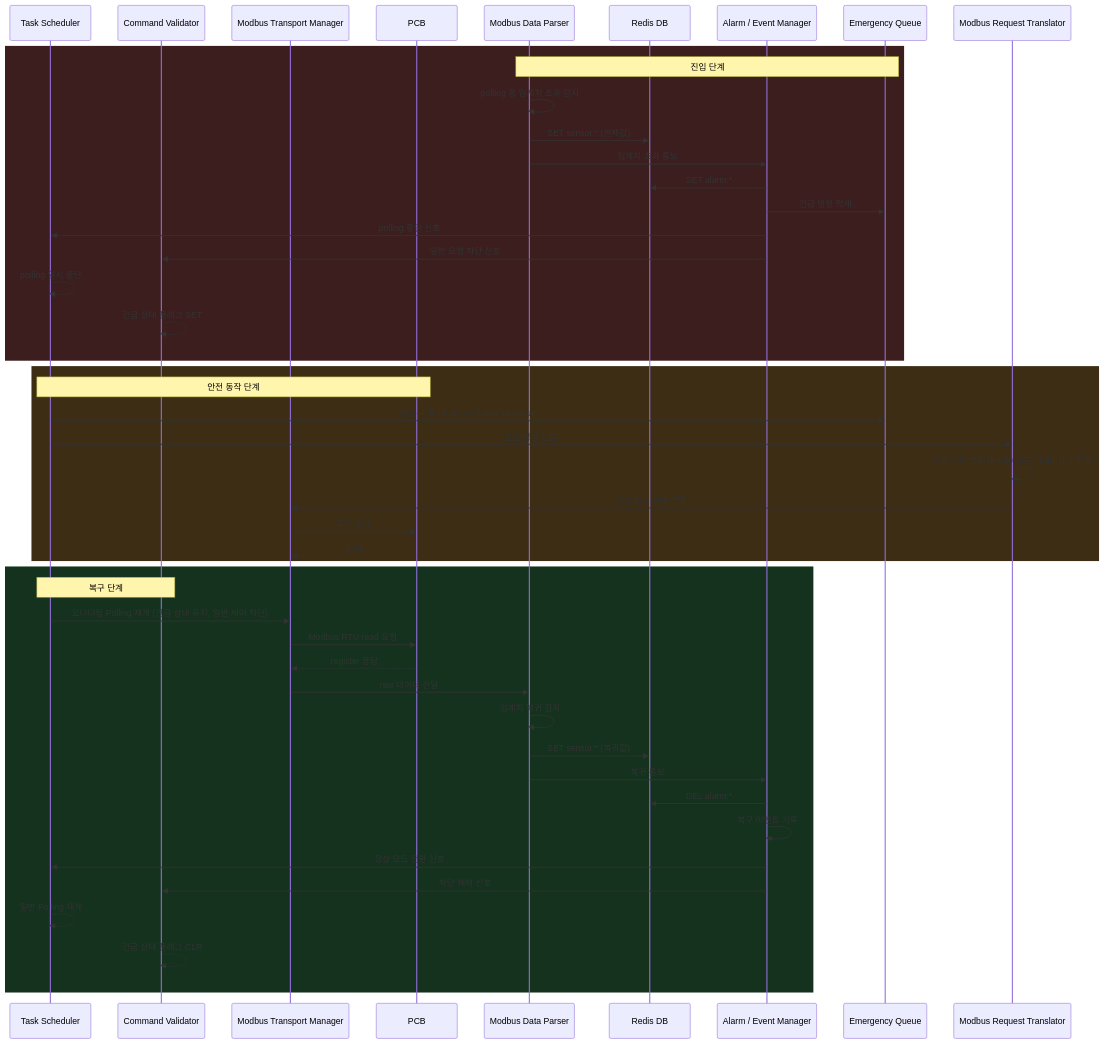
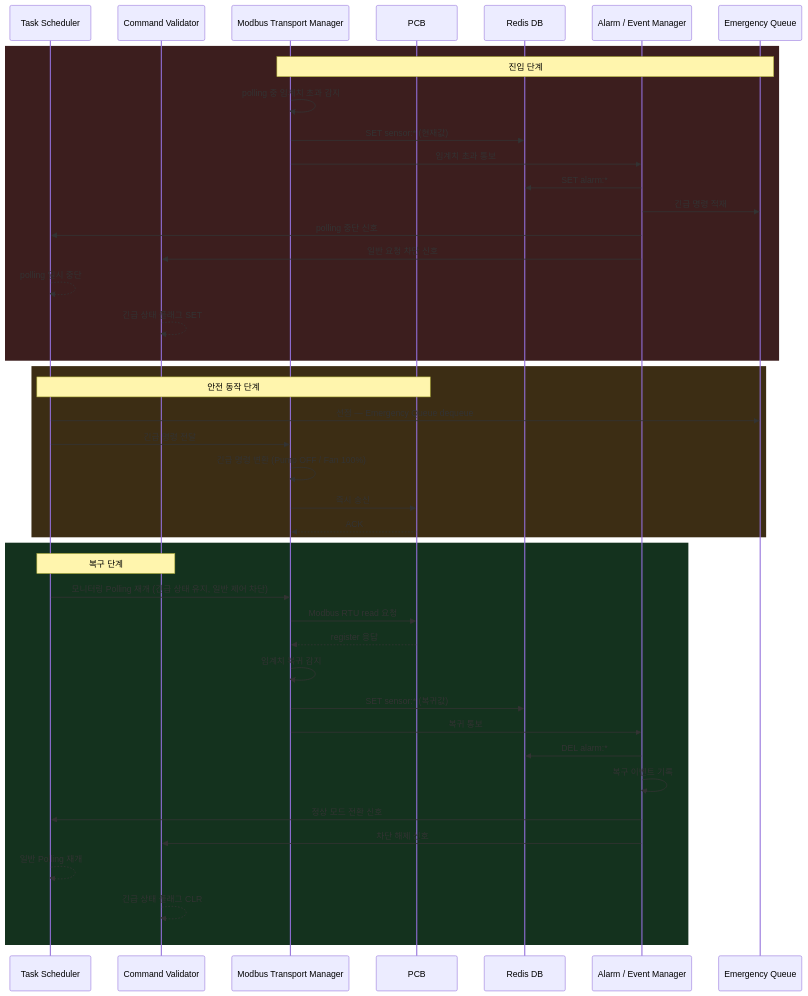
Before and after one commit to DEEPGadget/L2A_CDU_system: the third of 3 diagrams in docs/PCG.md, drawn with Mermaid. The commit also changed other lines of this file and 25 other files, not shown here.

````diff
--- a/docs/PCG.md
+++ b/docs/PCG.md
@@ -184,52 +225,48 @@
 ```mermaid
 sequenceDiagram
     participant PS as Task Scheduler
     participant CV as Command Validator
     participant MTM as Modbus Transport Manager
     participant PCB as PCB
-    participant MDP as Modbus Data Parser
     participant Redis as Redis DB
     participant AEM as Alarm / Event Manager
     participant EQ as Emergency Queue
-    participant MRT as Modbus Request Translator
 
     rect rgb(60, 30, 30)
-        Note over MDP,EQ: 진입 단계
-        MDP->>MDP: polling 중 임계치 초과 감지
-        MDP->>Redis: SET sensor:* (현재값)
-        MDP->>AEM: 임계치 초과 통보
+        Note over MTM,EQ: 진입 단계
+        MTM->>MTM: polling 중 임계치 초과 감지
+        MTM->>Redis: SET sensor:* (현재값)
+        MTM->>AEM: 임계치 초과 통보
         AEM->>Redis: SET alarm:*
         AEM->>EQ: 긴급 명령 적재
         AEM->>PS: polling 중단 신호
         AEM->>CV: 일반 요청 차단 신호
         PS-->>PS: polling 일시 중단
         CV-->>CV: 긴급 상태 플래그 SET
     end
 
     rect rgb(60, 45, 20)
         Note over PS,PCB: 안전 동작 단계
         PS->>EQ: 선점 — Emergency Queue dequeue
-        PS->>MRT: 긴급 명령 전달
-        MRT->>MRT: 긴급 명령 변환 (Pump OFF / Fan 최대 전압)
-        MRT->>MTM: Modbus write 명령
+        PS->>MTM: 긴급 명령 전달
+        MTM->>MTM: 긴급 명령 변환 (Pump OFF / Fan 100%)
         MTM->>PCB: 즉시 송신
         PCB-->>MTM: ACK
     end
 
     rect rgb(20, 50, 30)
         Note over PS,CV: 복구 단계
         PS->>MTM: 모니터링 Polling 재개 (긴급 상태 유지, 일반 제어 차단)
         MTM->>PCB: Modbus RTU read 요청
         PCB-->>MTM: register 응답
-        MTM->>MDP: raw 데이터 전달
-        MDP->>MDP: 임계치 복귀 감지
-        MDP->>Redis: SET sensor:* (복귀값)
-        MDP->>AEM: 복귀 통보
+        MTM->>MTM: 임계치 복귀 감지
+        MTM->>Redis: SET sensor:* (복귀값)
+        MTM->>AEM: 복귀 통보
         AEM->>Redis: DEL alarm:*
         AEM->>AEM: 복구 이벤트 기록
         AEM->>PS: 정상 모드 전환 신호
         AEM->>CV: 차단 해제 신호
         PS-->>PS: 일반 Polling 재개
         CV-->>CV: 긴급 상태 플래그 CLR
     end
 ```
````
